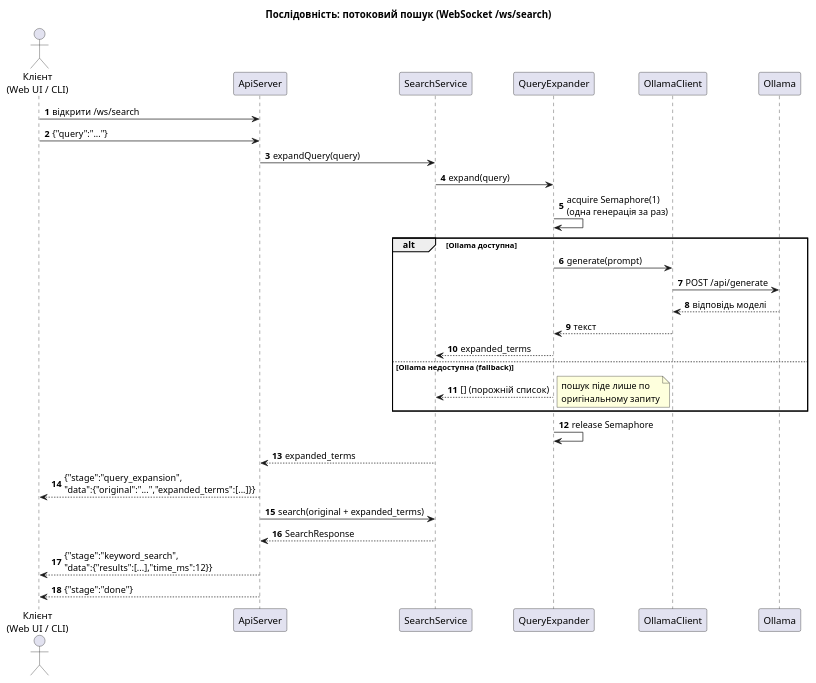
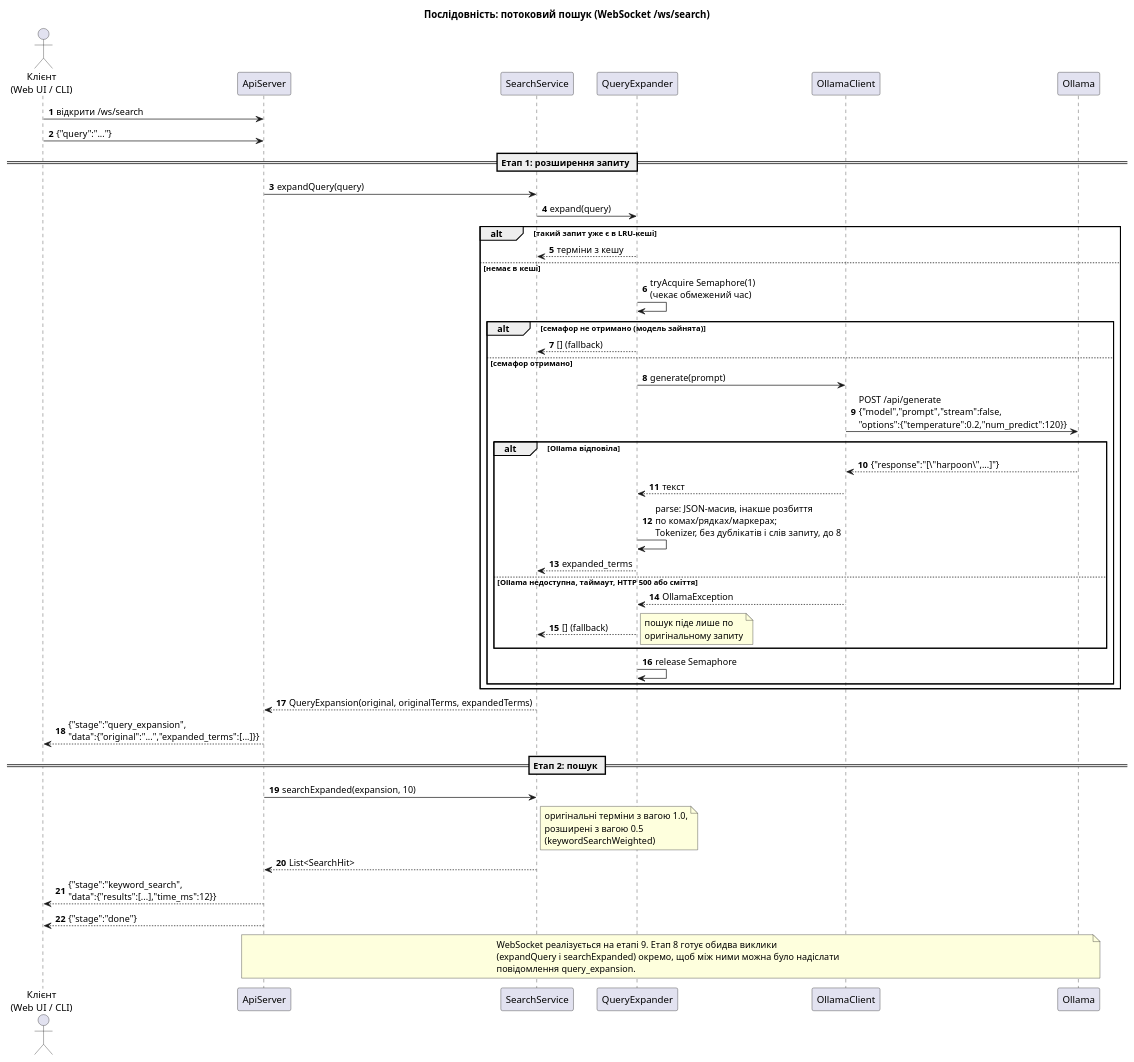
One commit to V-LP/Parallel-Computing-CW changed the diagram in docs/uml/sequence-ws-search.puml. Above: the diagram before and after it, drawn with PlantUML. The commit also changed 1 other file, not shown here.

Commit message:
docs(uml): update class and search diagrams for stages 7 and 8

```diff
--- a/docs/uml/sequence-ws-search.puml
+++ b/docs/uml/sequence-ws-search.puml
@@ -1,40 +1,60 @@
 @startuml sequence-ws-search
 title Послідовність: потоковий пошук (WebSocket /ws/search)
 
 skinparam shadowing false
 autonumber
 
 actor "Клієнт\n(Web UI / CLI)" as Client
 participant ApiServer
 participant SearchService
 participant QueryExpander
 participant OllamaClient
 participant "Ollama" as Ollama
 
 Client -> ApiServer : відкрити /ws/search
 Client -> ApiServer : {"query":"..."}
+
+== Етап 1: розширення запиту ==
 ApiServer -> SearchService : expandQuery(query)
 SearchService -> QueryExpander : expand(query)
-QueryExpander -> QueryExpander : acquire Semaphore(1)\n(одна генерація за раз)
 
-alt Ollama доступна
-  QueryExpander -> OllamaClient : generate(prompt)
-  OllamaClient -> Ollama : POST /api/generate
-  Ollama --> OllamaClient : відповідь моделі
-  OllamaClient --> QueryExpander : текст
-  QueryExpander --> SearchService : expanded_terms
-else Ollama недоступна (fallback)
-  QueryExpander --> SearchService : [] (порожній список)
-  note right : пошук піде лише по\nоригінальному запиту
+alt такий запит уже є в LRU-кеші
+  QueryExpander --> SearchService : терміни з кешу
+else немає в кеші
+  QueryExpander -> QueryExpander : tryAcquire Semaphore(1)\n(чекає обмежений час)
+  alt семафор не отримано (модель зайнята)
+    QueryExpander --> SearchService : [] (fallback)
+  else семафор отримано
+    QueryExpander -> OllamaClient : generate(prompt)
+    OllamaClient -> Ollama : POST /api/generate\n{"model","prompt","stream":false,\n"options":{"temperature":0.2,"num_predict":120}}
+    alt Ollama відповіла
+      Ollama --> OllamaClient : {"response":"[\"harpoon\",...]"}
+      OllamaClient --> QueryExpander : текст
+      QueryExpander -> QueryExpander : parse: JSON-масив, інакше розбиття\nпо комах/рядках/маркерах;\nTokenizer, без дублікатів і слів запиту, до 8
+      QueryExpander --> SearchService : expanded_terms
+    else Ollama недоступна, таймаут, HTTP 500 або сміття
+      OllamaClient --> QueryExpander : OllamaException
+      QueryExpander --> SearchService : [] (fallback)
+      note right : пошук піде лише по\nоригінальному запиту
+    end
+    QueryExpander -> QueryExpander : release Semaphore
+  end
 end
 
-QueryExpander -> QueryExpander : release Semaphore
-SearchService --> ApiServer : expanded_terms
+SearchService --> ApiServer : QueryExpansion(original, originalTerms, expandedTerms)
 ApiServer --> Client : {"stage":"query_expansion",\n"data":{"original":"...","expanded_terms":[...]}}
 
-ApiServer -> SearchService : search(original + expanded_terms)
-SearchService --> ApiServer : SearchResponse
+== Етап 2: пошук ==
+ApiServer -> SearchService : searchExpanded(expansion, 10)
+note right of SearchService : оригінальні терміни з вагою 1.0,\nрозширені з вагою 0.5\n(keywordSearchWeighted)
+SearchService --> ApiServer : List<SearchHit>
 ApiServer --> Client : {"stage":"keyword_search",\n"data":{"results":[...],"time_ms":12}}
 ApiServer --> Client : {"stage":"done"}
 
+note over ApiServer, Ollama
+  WebSocket реалізується на етапі 9. Етап 8 готує обидва виклики
+  (expandQuery і searchExpanded) окремо, щоб між ними можна було надіслати
+  повідомлення query_expansion.
+end note
+
 @enduml
```
